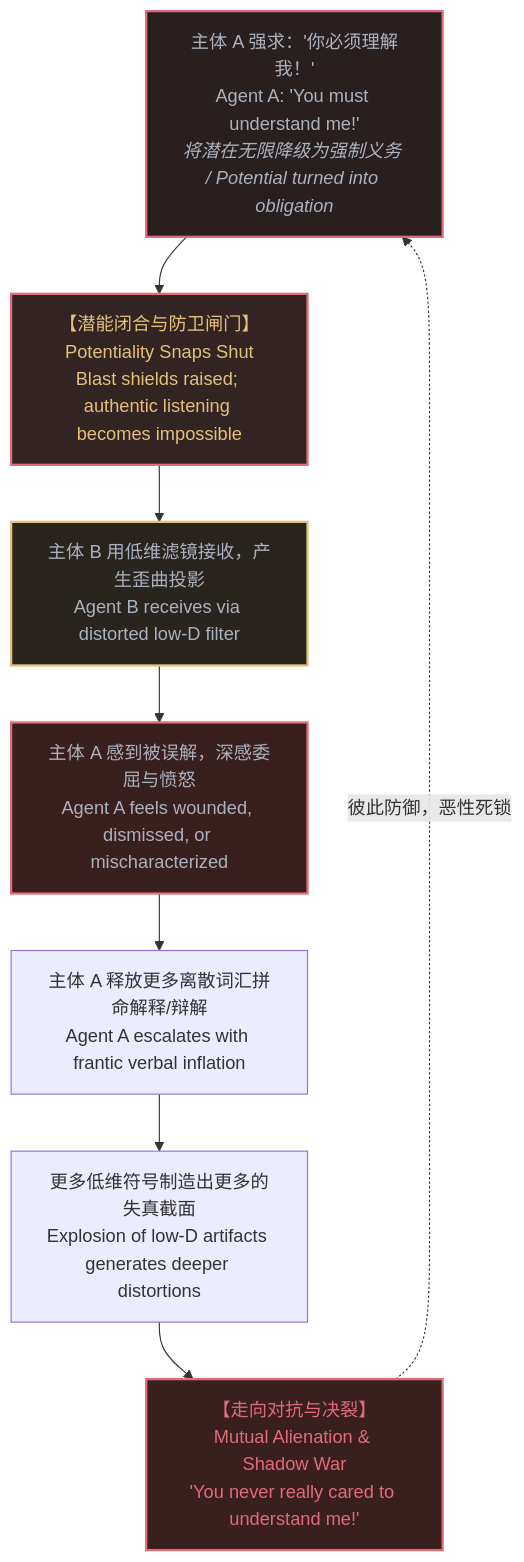
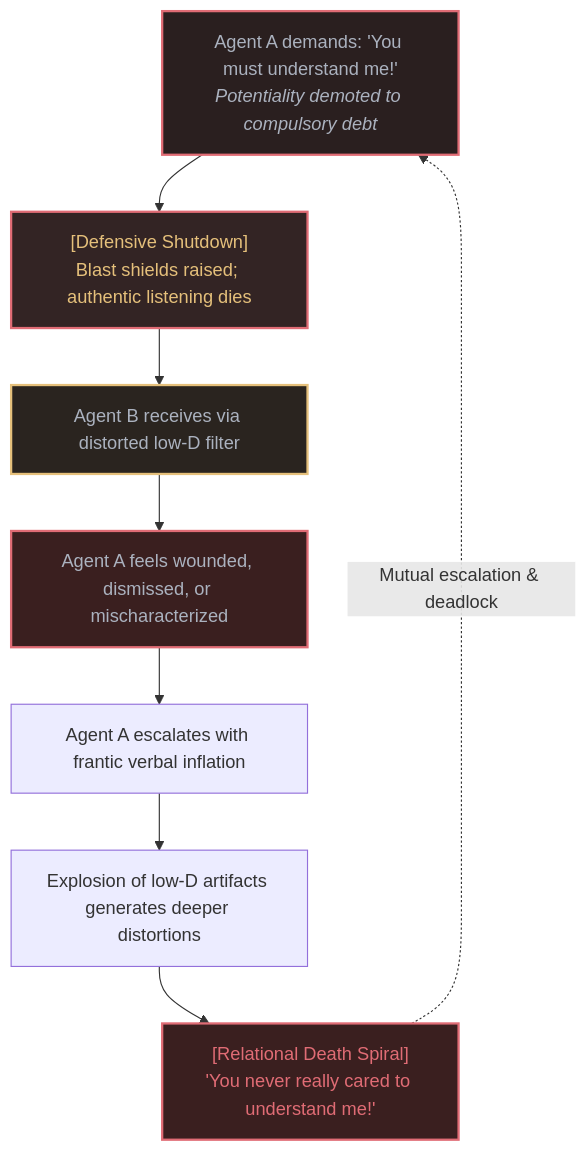
Before and after one commit to powerpig99/not-a-toe: the sixth of 8 diagrams in content/posts/the-asymmetry-of-understanding.md, drawn with Mermaid. The commit also changed other lines of this file and 7 other files, not shown here.

````diff
--- a/content/posts/the-asymmetry-of-understanding.md
+++ b/content/posts/the-asymmetry-of-understanding.md
@@ -133,24 +231,24 @@
 ```mermaid
 graph TB
-    DemandA["主体 A 强求：'你必须理解我！'<br>Agent A: 'You must understand me!'<br><i>将潜在无限降级为强制义务 / Potential turned into obligation</i>"]
-    ObligationTrap["【潜能闭合与防卫闸门】<br>Potentiality Snaps Shut<br>Blast shields raised; authentic listening becomes impossible"]
-    ProjectionB["主体 B 用低维滤镜接收，产生歪曲投影<br>Agent B receives via distorted low-D filter"]
-    HurtA["主体 A 感到被误解，深感委屈与愤怒<br>Agent A feels wounded, dismissed, or mischaracterized"]
-    EscalateA["主体 A 释放更多离散词汇拼命解释/辩解<br>Agent A escalates with frantic verbal inflation"]
-    DistortionB["更多低维符号制造出更多的失真截面<br>Explosion of low-D artifacts generates deeper distortions"]
-    WarZone["【走向对抗与决裂】<br>Mutual Alienation & Shadow War<br>'You never really cared to understand me!'"]
+    DemandA["Agent A demands: 'You must understand me!'<br><i>Potentiality demoted to compulsory debt</i>"]
+    ObligationTrap["[Defensive Shutdown]<br>Blast shields raised; authentic listening dies"]
+    ProjectionB["Agent B receives via distorted low-D filter"]
+    HurtA["Agent A feels wounded, dismissed, or mischaracterized"]
+    EscalateA["Agent A escalates with frantic verbal inflation"]
+    DistortionB["Explosion of low-D artifacts generates deeper distortions"]
+    WarZone["[Relational Death Spiral]<br>'You never really cared to understand me!'"]
 
     DemandA --> ObligationTrap
     ObligationTrap --> ProjectionB
     ProjectionB --> HurtA
     HurtA --> EscalateA
     EscalateA --> DistortionB
     DistortionB --> WarZone
-    WarZone -.->|"彼此防御，恶性死锁"| DemandA
+    WarZone -.->|"Mutual escalation & deadlock"| DemandA
 
     style DemandA fill:#2a1f1f,stroke:#e06c75,stroke-width:2px,color:#abb2bf
     style ObligationTrap fill:#332424,stroke:#e06c75,stroke-width:2px,color:#e5c07b
     style ProjectionB fill:#2a241f,stroke:#e5c07b,stroke-width:2px,color:#abb2bf
     style HurtA fill:#3a1f1f,stroke:#e06c75,stroke-width:2px,color:#abb2bf
     style WarZone fill:#3a1f1f,stroke:#e06c75,stroke-width:2px,color:#e06c75
 ```
````
